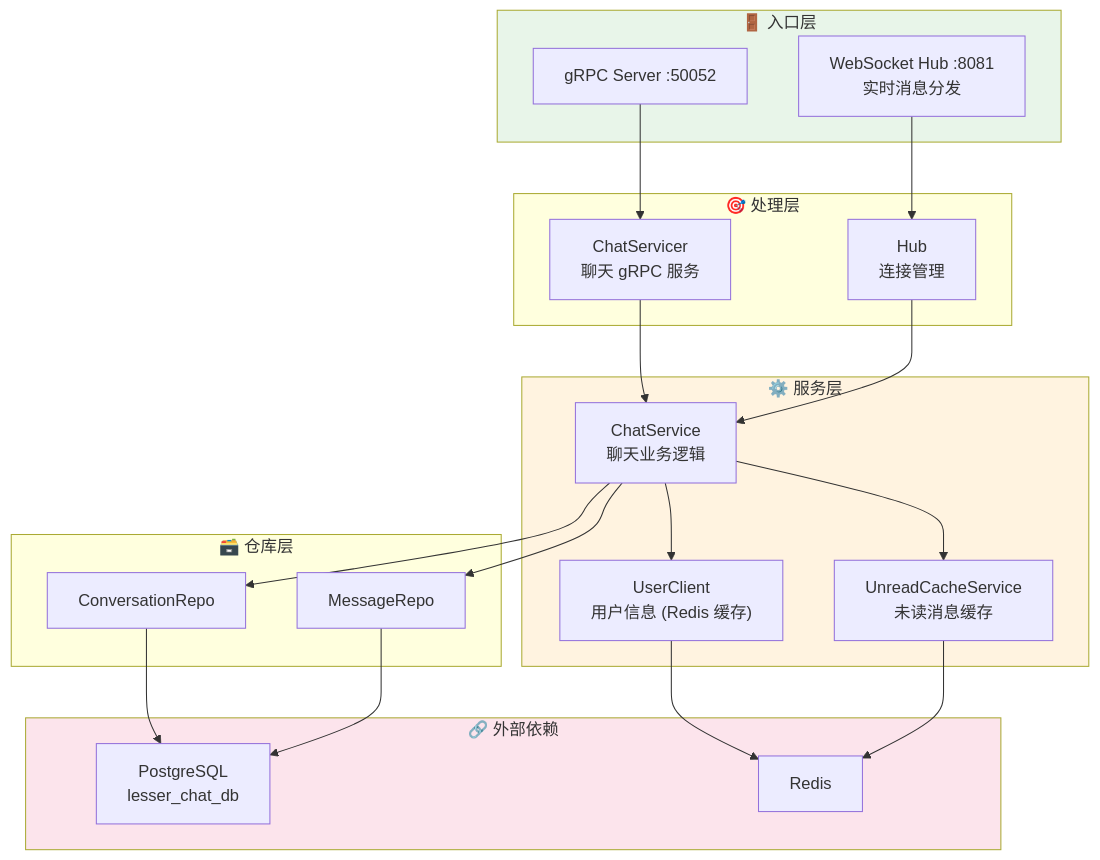
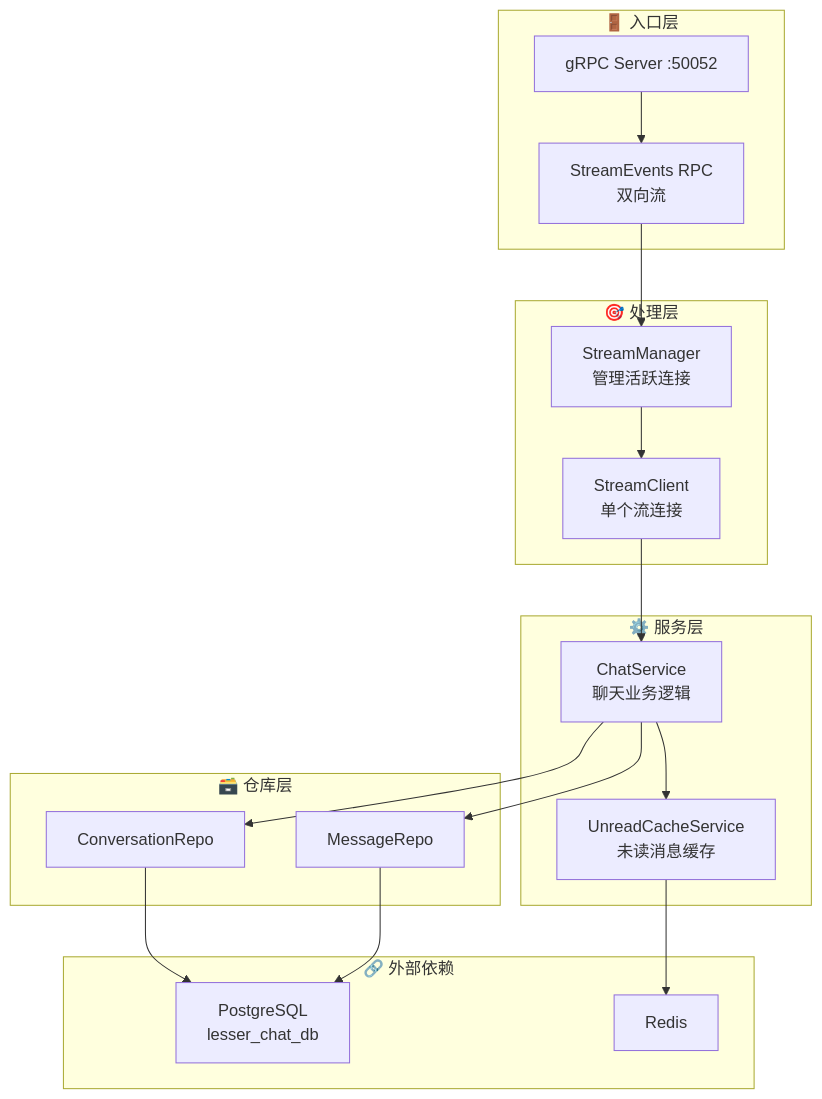
Before and after one commit to funcdfs/lesser: the third of 3 diagrams in docs/架构梳理.md, drawn with Mermaid. The commit also changed other lines of this file and 200 other files, not shown here.

````diff
--- a/docs/架构梳理.md
+++ b/docs/架构梳理.md
@@ -415,48 +347,40 @@
 ```mermaid
 flowchart TB
     subgraph Entry["🚪 入口层"]
         GRPC["gRPC Server :50052"]
-        WS["WebSocket Hub :8081<br/>实时消息分发"]
+        Stream["StreamEvents RPC<br/>双向流"]
     end
 
     subgraph Handlers["🎯 处理层"]
-        ChatGRPCHandler["ChatServicer<br/>聊天 gRPC 服务"]
-        Hub["Hub<br/>连接管理"]
+        StreamManager["StreamManager<br/>管理活跃连接"]
+        StreamClient["StreamClient<br/>单个流连接"]
     end
 
     subgraph Services["⚙️ 服务层"]
         ChatService["ChatService<br/>聊天业务逻辑"]
-        UserClient["UserClient<br/>用户信息 (Redis 缓存)"]
         UnreadCache["UnreadCacheService<br/>未读消息缓存"]
     end
 
     subgraph Repository["🗃️ 仓库层"]
         ConvRepo["ConversationRepo"]
         MsgRepo["MessageRepo"]
     end
 
     subgraph External["🔗 外部依赖"]
         PG["PostgreSQL<br/>lesser_chat_db"]
         Redis["Redis"]
     end
 
-    GRPC --> ChatGRPCHandler
-    WS --> Hub
+    GRPC --> Stream
+    Stream --> StreamManager
+    StreamManager --> StreamClient
 
-    ChatGRPCHandler --> ChatService
-    Hub --> ChatService
-
-    ChatService --> UserClient
+    StreamClient --> ChatService
     ChatService --> UnreadCache
     ChatService --> ConvRepo
     ChatService --> MsgRepo
 
     ConvRepo --> PG
     MsgRepo --> PG
-    UserClient --> Redis
     UnreadCache --> Redis
-
-    style Entry fill:#e8f5e9
-    style Services fill:#fff3e0
-    style External fill:#fce4ec
 ```
````
